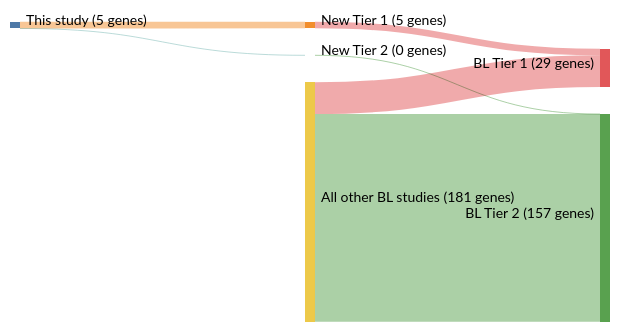
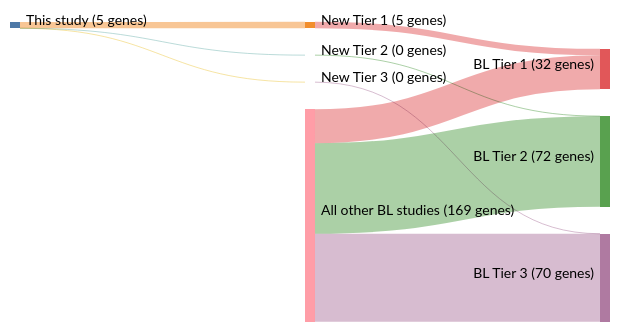
The diagram in papers/richterRecurrentMutationID32012.md (morinlab/lymphopedia), drawn with Mermaid (forest theme) before and after one commit. The commit also changed other lines of this file and 81 other files, not shown here.

````diff
--- a/papers/richterRecurrentMutationID32012.md
+++ b/papers/richterRecurrentMutationID32012.md
@@ -12,20 +12,23 @@
 ```mermaid
 ---
 config:
     sankey:
         showValues: true
         linkColor: target
         width: 600
         height: 300
         nodeAlignment: right
         prefix: '('
         suffix: ' genes)'
 ---
 sankey-beta
 This study, New Tier 1, 5
 New Tier 1, BL Tier 1, 5
 This study, New Tier 2, 0
 New Tier 2, BL Tier 2, 0
-All other BL studies, BL Tier 1, 24
-All other BL studies, BL Tier 2, 157
+This study, New Tier 3, 0
+New Tier 3, BL Tier 3, 0
+All other BL studies, BL Tier 1, 27
+All other BL studies, BL Tier 2, 72
+All other BL studies, BL Tier 3, 70
 ```
````
